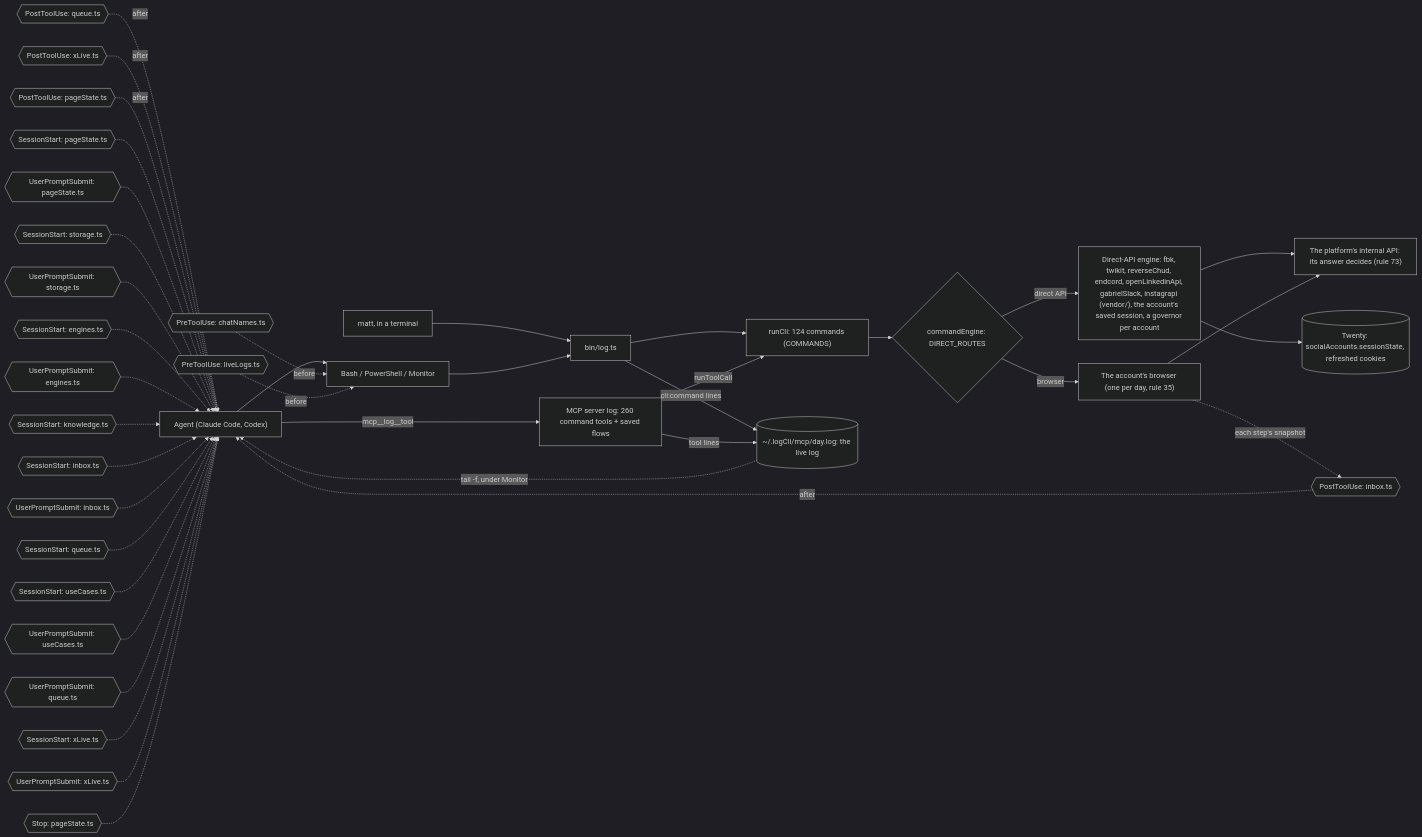
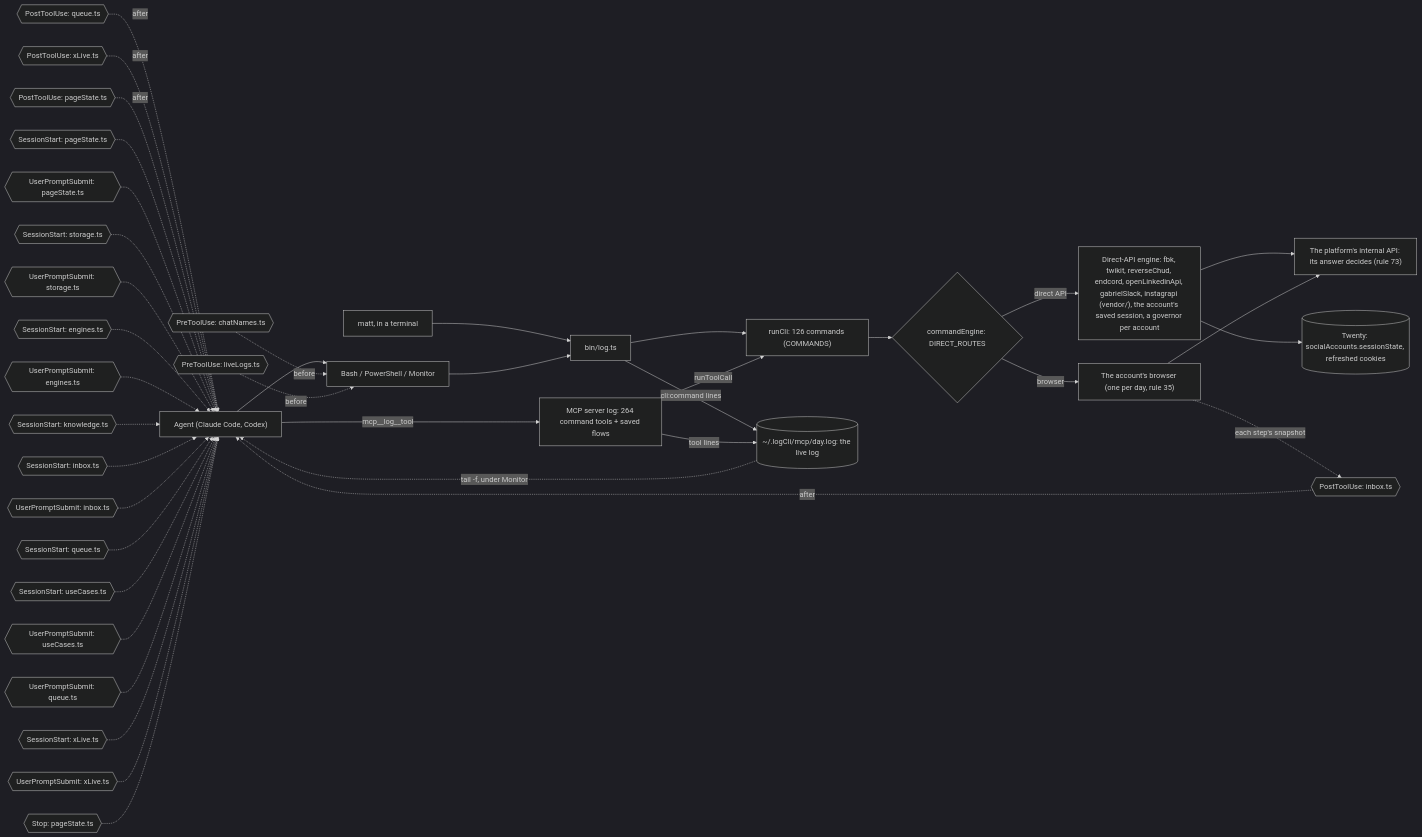
Before and after one commit to matthewdonsemail-lab/log: the diagram in docs/diagrams/surface.mmd, drawn with Mermaid (dark theme). The commit also changed 76 other files, not shown here.

```diff
--- a/docs/diagrams/surface.mmd
+++ b/docs/diagrams/surface.mmd
@@ -1,53 +1,53 @@
 %% How a call reaches log-cli. From a shell or over MCP, both run the same commands through `runCli`, write the same live log, and pass through the same hooks. `commandEngine` sends each command to the platform's direct API or to the account's browser.
 %% Written by `bun run docs:build` from the code (rule 56). Not edited by hand.
 flowchart LR
   agent["Agent (Claude Code, Codex)"]
   matt["matt, in a terminal"]
   shell["Bash / PowerShell / Monitor"]
-  mcp["MCP server log: 260 command tools + saved flows"]
+  mcp["MCP server log: 264 command tools + saved flows"]
   bin["bin/log.ts"]
-  runCli["runCli: 124 commands (COMMANDS)"]
+  runCli["runCli: 126 commands (COMMANDS)"]
   live[("~/.logCli/mcp/day.log: the live log")]
   engine{"commandEngine: DIRECT_ROUTES"}
   direct["Direct-API engine: fbk, twikit, reverseChud, endcord, openLinkedinApi, gabrielSlack, instagrapi (vendor/), the account's saved session, a governor per account"]
   browser["The account's browser (one per day, rule 35)"]
   api["The platform's internal API: its answer decides (rule 73)"]
   twenty[("Twenty: socialAccounts.sessionState, refreshed cookies")]
   agent --> shell
   matt --> bin
   shell --> bin
   agent -->|mcp__log__tool| mcp
   bin --> runCli
   mcp -->|runToolCall| runCli
   runCli --> engine
   engine -->|direct API| direct
   engine -->|browser| browser
   direct --> api
   browser --> api
   direct --> twenty
   bin -->|cli:command lines| live
   mcp -->|tool lines| live
   live -.->|tail -f, under Monitor| agent
   pre0{{"PreToolUse: chatNames.ts"}} -.->|before| shell
   pre1{{"PreToolUse: liveLogs.ts"}} -.->|before| shell
   post0{{"PostToolUse: inbox.ts"}} -.->|after| agent
   post1{{"PostToolUse: queue.ts"}} -.->|after| agent
   post2{{"PostToolUse: xLive.ts"}} -.->|after| agent
   post3{{"PostToolUse: pageState.ts"}} -.->|after| agent
   turn0{{"SessionStart: pageState.ts"}} -.-> agent
   turn1{{"UserPromptSubmit: pageState.ts"}} -.-> agent
   turn2{{"SessionStart: storage.ts"}} -.-> agent
   turn3{{"UserPromptSubmit: storage.ts"}} -.-> agent
   turn4{{"SessionStart: engines.ts"}} -.-> agent
   turn5{{"UserPromptSubmit: engines.ts"}} -.-> agent
   turn6{{"SessionStart: knowledge.ts"}} -.-> agent
   turn7{{"SessionStart: inbox.ts"}} -.-> agent
   turn8{{"UserPromptSubmit: inbox.ts"}} -.-> agent
   turn9{{"SessionStart: queue.ts"}} -.-> agent
   turn10{{"SessionStart: useCases.ts"}} -.-> agent
   turn11{{"UserPromptSubmit: useCases.ts"}} -.-> agent
   turn12{{"UserPromptSubmit: queue.ts"}} -.-> agent
   turn13{{"SessionStart: xLive.ts"}} -.-> agent
   turn14{{"UserPromptSubmit: xLive.ts"}} -.-> agent
   turn15{{"Stop: pageState.ts"}} -.-> agent
   browser -.->|each step's snapshot| post0
```
